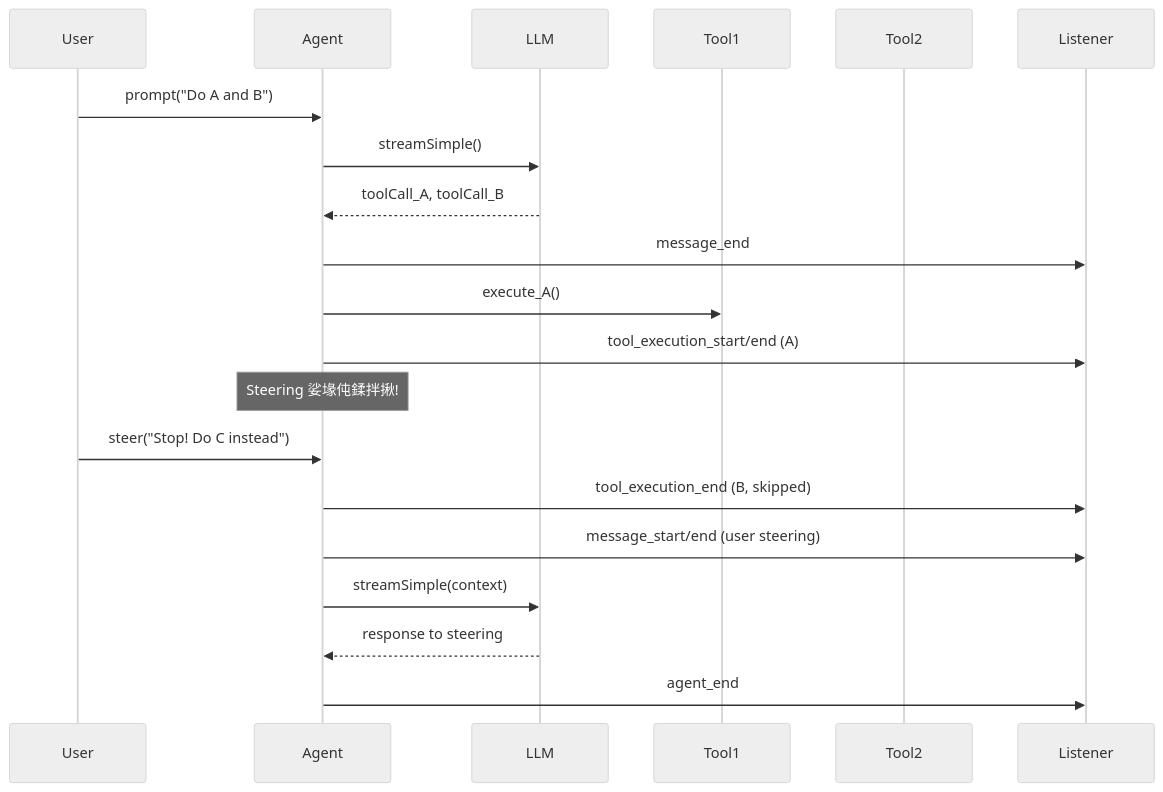
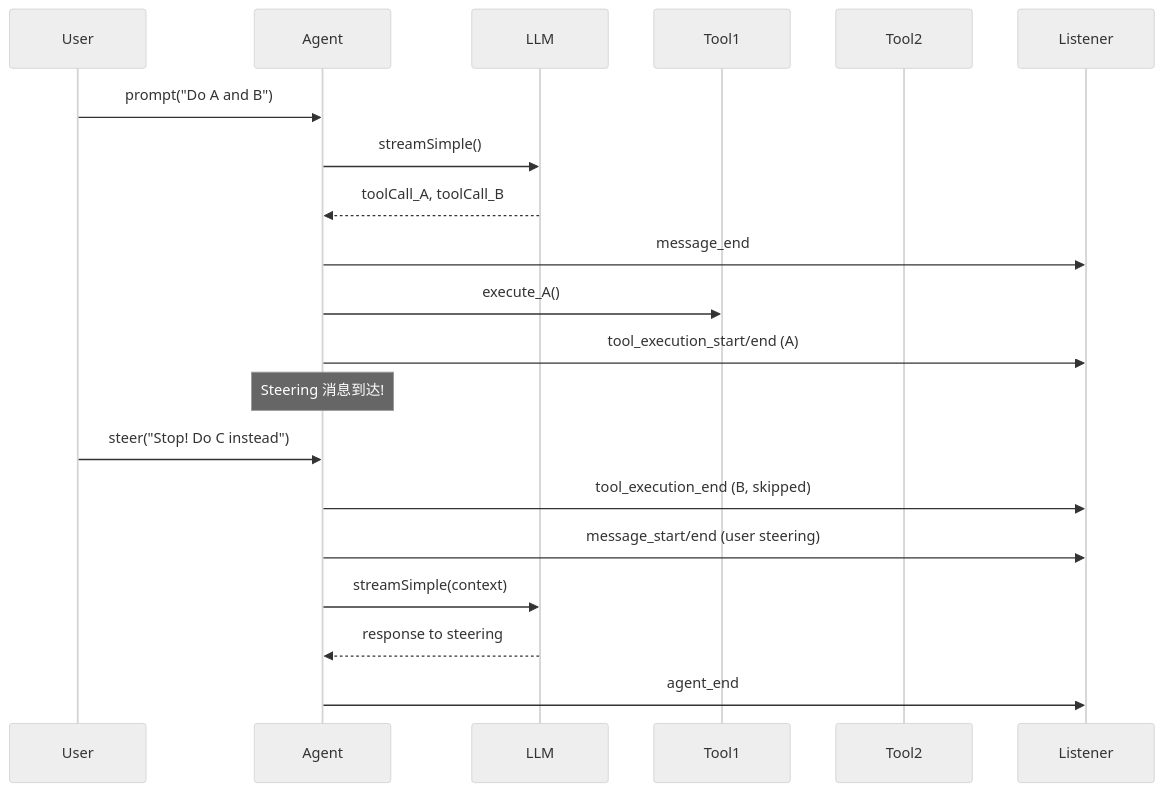
Before and after one commit to jovialchen/taomu: the fourth of 4 diagrams in _posts/2026-03-05-pi-monorepo-technical-analysis.md, drawn with Mermaid (neutral theme). The commit also changed other lines of this file and 3 other files, not shown here.

````diff
--- a/_posts/2026-03-05-pi-monorepo-technical-analysis.md
+++ b/_posts/2026-03-05-pi-monorepo-technical-analysis.md
@@ -281,25 +297,25 @@
-<pre class="mermaid">
+```mermaid
 sequenceDiagram
     participant User
     participant Agent
     participant LLM
     participant Tool1
     participant Tool2
     participant Listener
 
     User->>Agent: prompt("Do A and B")
     Agent->>LLM: streamSimple()
     LLM-->>Agent: toolCall_A, toolCall_B
     Agent->>Listener: message_end
     Agent->>Tool1: execute_A()
     Agent->>Listener: tool_execution_start/end (A)
 
-    Note over Agent: Steering 娑堟伅鍒拌揪!
+    Note over Agent: Steering 消息到达!
     User->>Agent: steer("Stop! Do C instead")
 
     Agent->>Listener: tool_execution_end (B, skipped)
     Agent->>Listener: message_start/end (user steering)
     Agent->>LLM: streamSimple(context)
     LLM-->>Agent: response to steering
     Agent->>Listener: agent_end
-</pre>
+```
````
